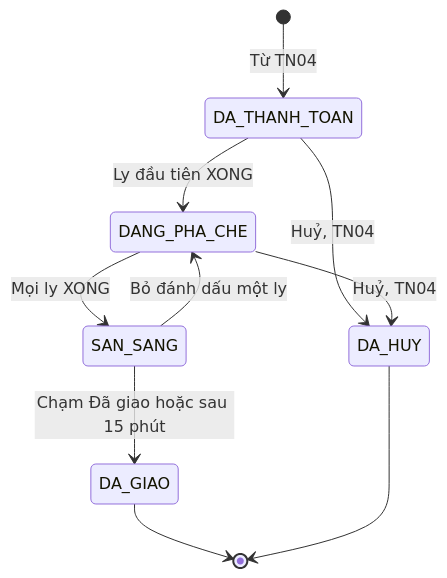
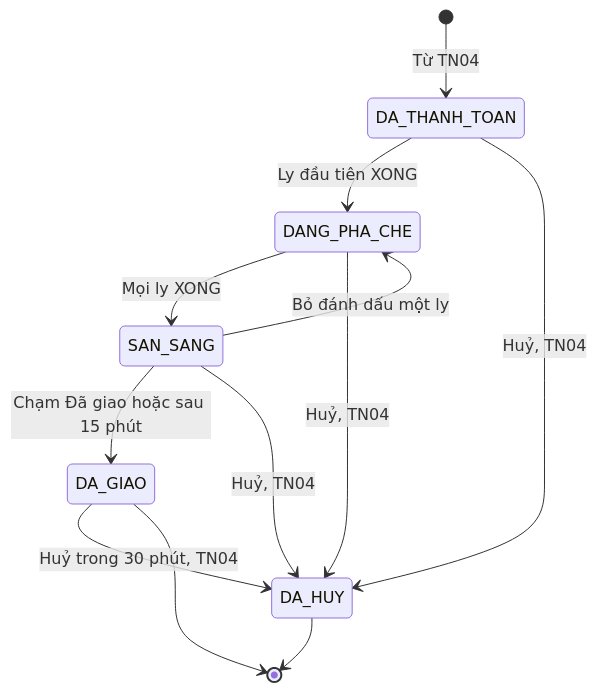
One commit to uxfoundation-vn/de06-quan-ly-don-tra-sua changed the first of 5 diagrams in docs/TN03-man-pha-che/SRS.md. Above: the diagram before and after it, drawn with Mermaid. The commit also changed other lines of this file and 3 other files, not shown here.

````diff
--- a/docs/TN03-man-pha-che/SRS.md
+++ b/docs/TN03-man-pha-che/SRS.md
@@ -47,12 +47,14 @@
 ```mermaid
 stateDiagram-v2
   [*] --> DA_THANH_TOAN : Từ TN04
   DA_THANH_TOAN --> DANG_PHA_CHE : Ly đầu tiên XONG
   DANG_PHA_CHE --> SAN_SANG : Mọi ly XONG
   SAN_SANG --> DANG_PHA_CHE : Bỏ đánh dấu một ly
   SAN_SANG --> DA_GIAO : Chạm Đã giao hoặc sau 15 phút
   DA_THANH_TOAN --> DA_HUY : Huỷ, TN04
   DANG_PHA_CHE --> DA_HUY : Huỷ, TN04
+  SAN_SANG --> DA_HUY : Huỷ, TN04
+  DA_GIAO --> DA_HUY : Huỷ trong 30 phút, TN04
   DA_GIAO --> [*]
   DA_HUY --> [*]
 ```
````
